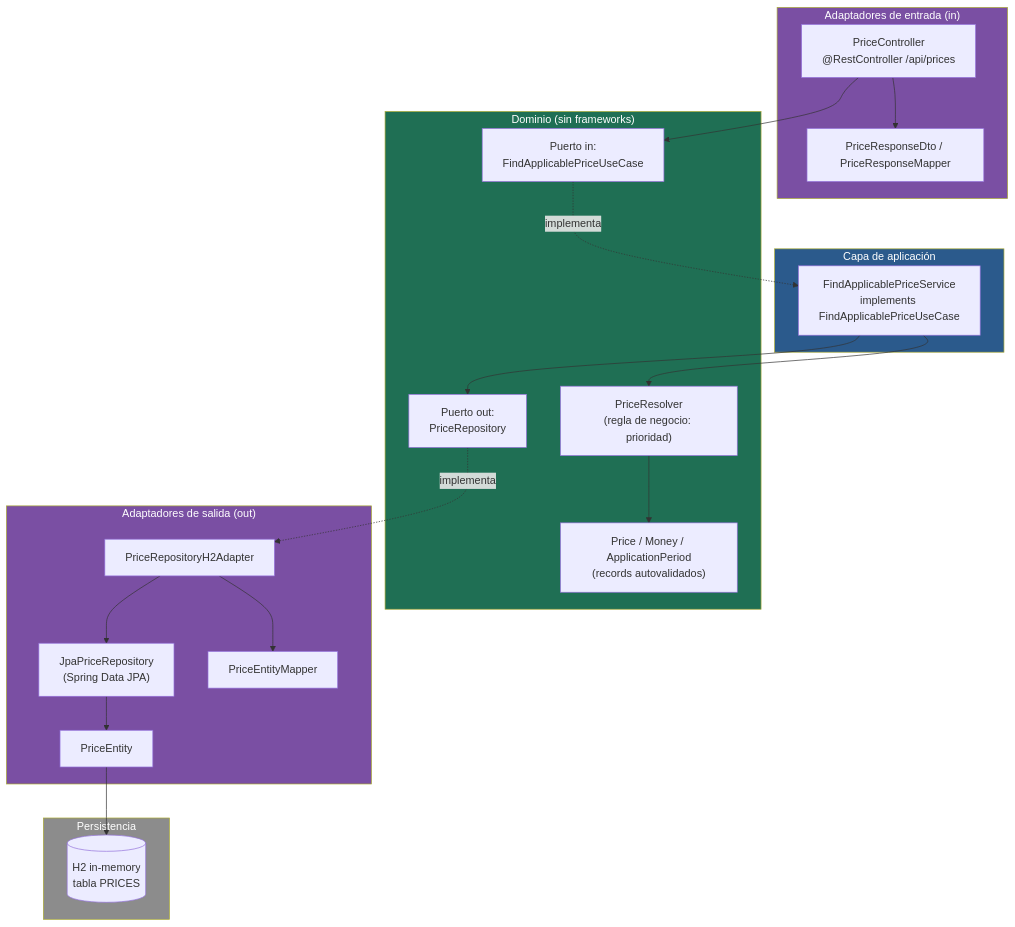
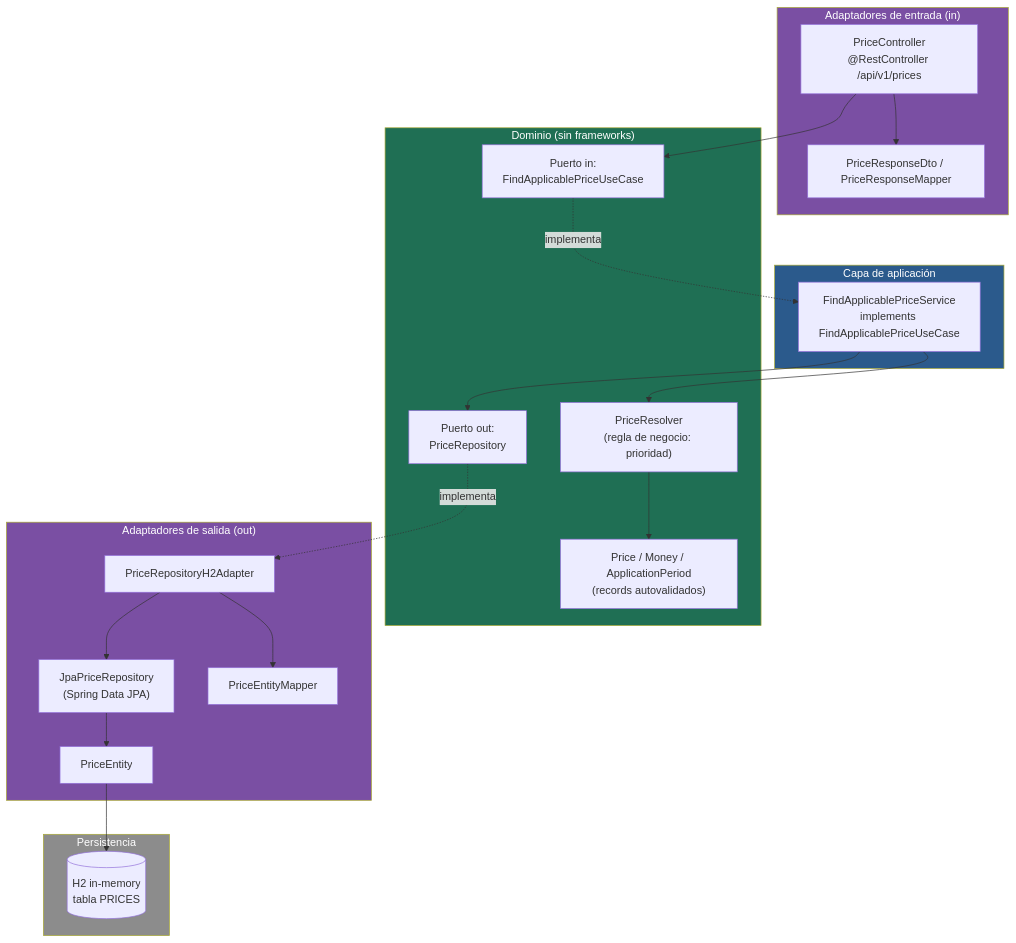
The first of 6 diagrams in README.md (emanuelmcp/bcnc-inditex), drawn with Mermaid before and after one commit. The commit also changed other lines of this file, not shown here.

````diff
--- a/README.md
+++ b/README.md
@@ -68,47 +68,47 @@
 ```mermaid
 flowchart TB
   subgraph IN["Adaptadores de entrada (in)"]
-    Controller["PriceController<br/>@RestController /api/prices"]
+    Controller["PriceController<br/>@RestController /api/v1/prices"]
     DtoIn["PriceResponseDto / PriceResponseMapper"]
   end
 
   subgraph APP["Capa de aplicación"]
     Service["FindApplicablePriceService<br/>implements FindApplicablePriceUseCase"]
   end
 
   subgraph DOMAIN["Dominio (sin frameworks)"]
     UseCasePort["Puerto in:<br/>FindApplicablePriceUseCase"]
     RepoPort["Puerto out:<br/>PriceRepository"]
     Resolver["PriceResolver<br/>(regla de negocio: prioridad)"]
     Models["Price / Money / ApplicationPeriod<br/>(records autovalidados)"]
   end
 
   subgraph OUT["Adaptadores de salida (out)"]
     Adapter["PriceRepositoryH2Adapter"]
     Jpa["JpaPriceRepository<br/>(Spring Data JPA)"]
     Entity["PriceEntity"]
     EntityMapper["PriceEntityMapper"]
   end
 
   subgraph DB["Persistencia"]
     H2[("H2 in-memory<br/>tabla PRICES")]
   end
 
   Controller --> DtoIn
   Controller --> UseCasePort
   UseCasePort -. implementa .-> Service
   Service --> Resolver
   Service --> RepoPort
   Resolver --> Models
   RepoPort -. implementa .-> Adapter
   Adapter --> Jpa
   Adapter --> EntityMapper
   Jpa --> Entity
   Entity --> H2
 
   style DOMAIN fill:#1f6f54,color:#fff
   style APP fill:#2b5a8c,color:#fff
   style IN fill:#7a4fa3,color:#fff
   style OUT fill:#7a4fa3,color:#fff
   style DB fill:#8c8c8c,color:#fff
 ```
````
